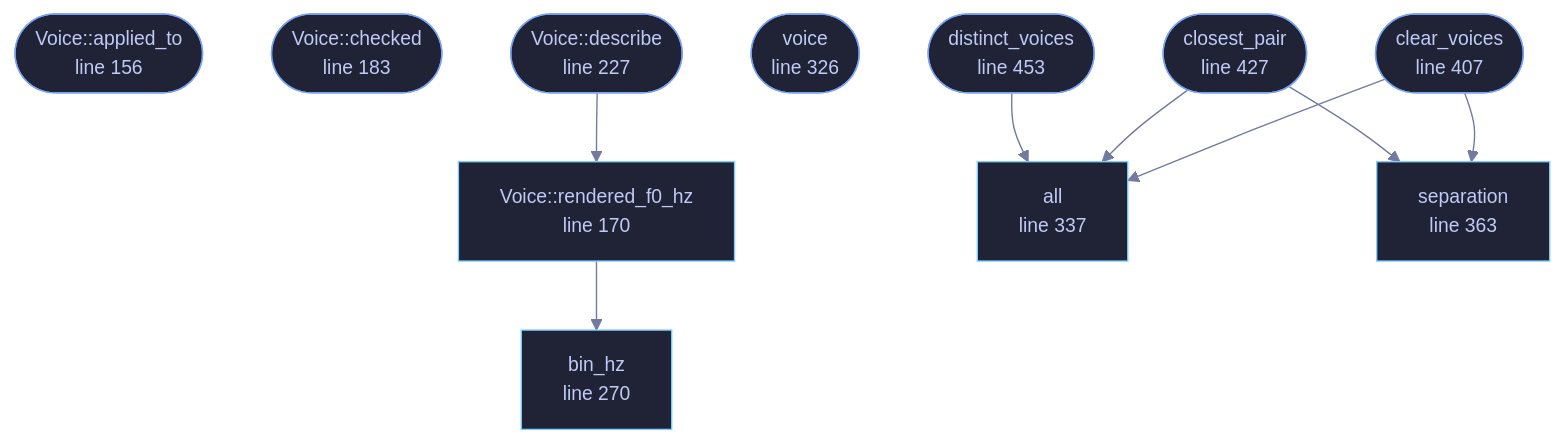
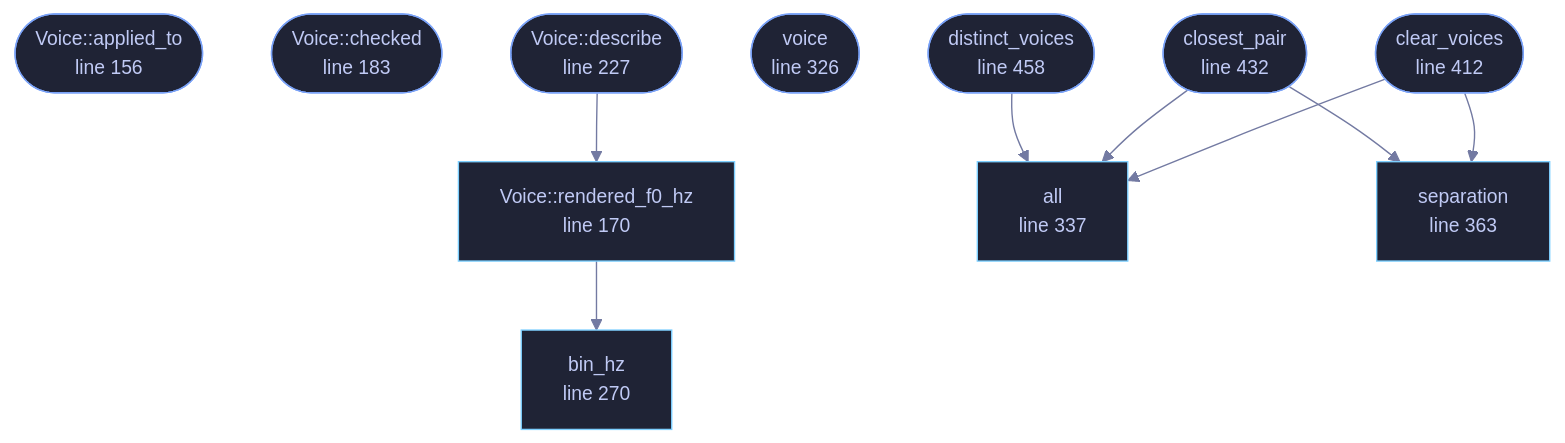
Before and after one commit to tilas01/veilvoice: the diagram in docs/files/veilvoice-core/voices.md, drawn with Mermaid. The commit also changed other lines of this file and 528 other files, not shown here.

````diff
--- a/docs/files/veilvoice-core/voices.md
+++ b/docs/files/veilvoice-core/voices.md
@@ -189,37 +189,37 @@
 ```mermaid
 %%{init: {"theme":"base","themeVariables":{"background":"#1a1b26","primaryColor":"#1f2335","primaryTextColor":"#c0caf5","primaryBorderColor":"#7aa2f7","secondaryColor":"#16161e","tertiaryColor":"#16161e","lineColor":"#737aa2","textColor":"#c0caf5","mainBkg":"#1f2335","nodeBorder":"#7aa2f7","clusterBkg":"#16161e","clusterBorder":"#2f3549","fontFamily":"ui-monospace, SFMono-Regular, Consolas, monospace","fontSize":"14px"}}}%%
 flowchart TD
     n_applied_to(["Voice::applied_to<br/>line 156"])
     n_rendered_f0_hz["Voice::rendered_f0_hz<br/>line 170"]
     n_checked(["Voice::checked<br/>line 183"])
     n_describe(["Voice::describe<br/>line 227"])
     n_bin_hz["bin_hz<br/>line 270"]
     n_voice(["voice<br/>line 326"])
     n_all["all<br/>line 337"]
     n_separation["separation<br/>line 363"]
-    n_clear_voices(["clear_voices<br/>line 407"])
-    n_closest_pair(["closest_pair<br/>line 427"])
-    n_distinct_voices(["distinct_voices<br/>line 453"])
+    n_clear_voices(["clear_voices<br/>line 412"])
+    n_closest_pair(["closest_pair<br/>line 432"])
+    n_distinct_voices(["distinct_voices<br/>line 458"])
     n_clear_voices --> n_all
     n_clear_voices --> n_separation
     n_closest_pair --> n_all
     n_closest_pair --> n_separation
     n_describe --> n_rendered_f0_hz
     n_distinct_voices --> n_all
     n_rendered_f0_hz --> n_bin_hz
     click n_applied_to href "https://github.com/tilas01/veilvoice/blob/main/crates/veilvoice-core/src/voices.rs#L156" "open the source"
     click n_rendered_f0_hz href "https://github.com/tilas01/veilvoice/blob/main/crates/veilvoice-core/src/voices.rs#L170" "open the source"
     click n_checked href "https://github.com/tilas01/veilvoice/blob/main/crates/veilvoice-core/src/voices.rs#L183" "open the source"
     click n_describe href "https://github.com/tilas01/veilvoice/blob/main/crates/veilvoice-core/src/voices.rs#L227" "open the source"
     click n_bin_hz href "https://github.com/tilas01/veilvoice/blob/main/crates/veilvoice-core/src/voices.rs#L270" "open the source"
     click n_voice href "https://github.com/tilas01/veilvoice/blob/main/crates/veilvoice-core/src/voices.rs#L326" "open the source"
     click n_all href "https://github.com/tilas01/veilvoice/blob/main/crates/veilvoice-core/src/voices.rs#L337" "open the source"
     click n_separation href "https://github.com/tilas01/veilvoice/blob/main/crates/veilvoice-core/src/voices.rs#L363" "open the source"
-    click n_clear_voices href "https://github.com/tilas01/veilvoice/blob/main/crates/veilvoice-core/src/voices.rs#L407" "open the source"
-    click n_closest_pair href "https://github.com/tilas01/veilvoice/blob/main/crates/veilvoice-core/src/voices.rs#L427" "open the source"
-    click n_distinct_voices href "https://github.com/tilas01/veilvoice/blob/main/crates/veilvoice-core/src/voices.rs#L453" "open the source"
+    click n_clear_voices href "https://github.com/tilas01/veilvoice/blob/main/crates/veilvoice-core/src/voices.rs#L412" "open the source"
+    click n_closest_pair href "https://github.com/tilas01/veilvoice/blob/main/crates/veilvoice-core/src/voices.rs#L432" "open the source"
+    click n_distinct_voices href "https://github.com/tilas01/veilvoice/blob/main/crates/veilvoice-core/src/voices.rs#L458" "open the source"
     classDef entry fill:#1f2335,stroke:#7aa2f7,color:#c0caf5
     class n_applied_to,n_checked,n_describe,n_voice,n_clear_voices,n_closest_pair,n_distinct_voices entry
     classDef api fill:#1f2335,stroke:#7dcfff,color:#c0caf5
     class n_rendered_f0_hz,n_bin_hz,n_all,n_separation api
 ```
````
